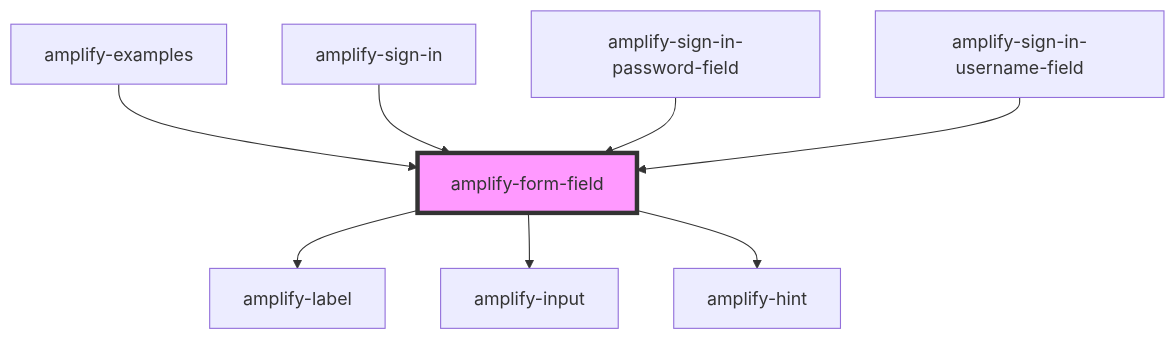
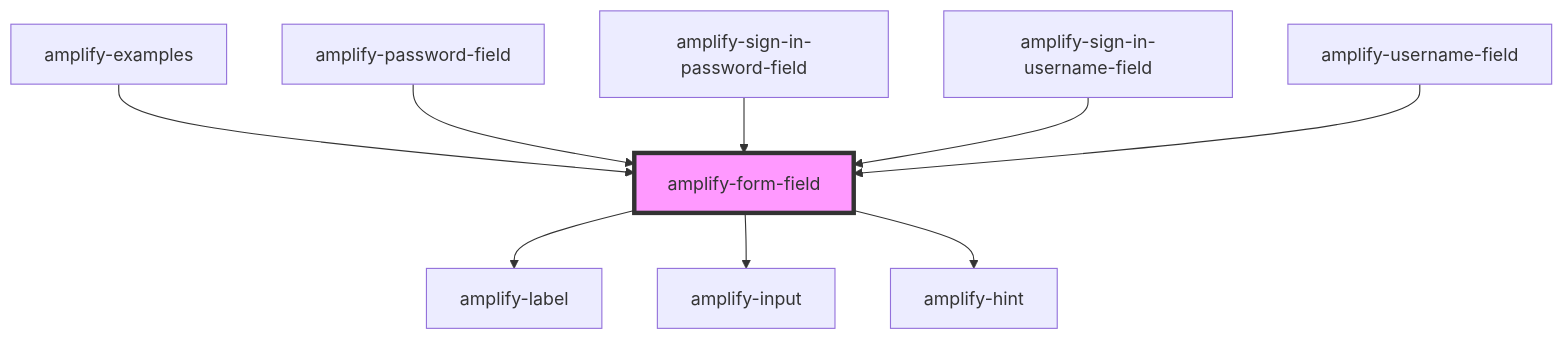
The diagram in packages/amplify-ui-components/src/components/amplify-form-field/readme.md (aws-amplify/amplify-js), drawn with Mermaid before and after one commit. The commit also changed other lines of this file and 13 other files, not shown here.

Commit message:
adjust text to constants file, create username/password field components

````diff
--- a/packages/amplify-ui-components/src/components/amplify-form-field/readme.md
+++ b/packages/amplify-ui-components/src/components/amplify-form-field/readme.md
@@ -38,11 +39,12 @@
 ```mermaid
 graph TD;
   amplify-form-field --> amplify-label
   amplify-form-field --> amplify-input
   amplify-form-field --> amplify-hint
   amplify-examples --> amplify-form-field
-  amplify-sign-in --> amplify-form-field
+  amplify-password-field --> amplify-form-field
   amplify-sign-in-password-field --> amplify-form-field
   amplify-sign-in-username-field --> amplify-form-field
+  amplify-username-field --> amplify-form-field
   style amplify-form-field fill:#f9f,stroke:#333,stroke-width:4px
 ```
````
